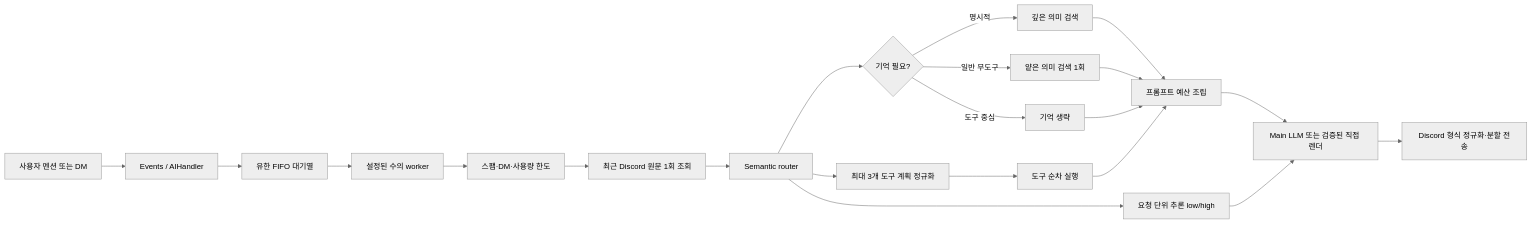
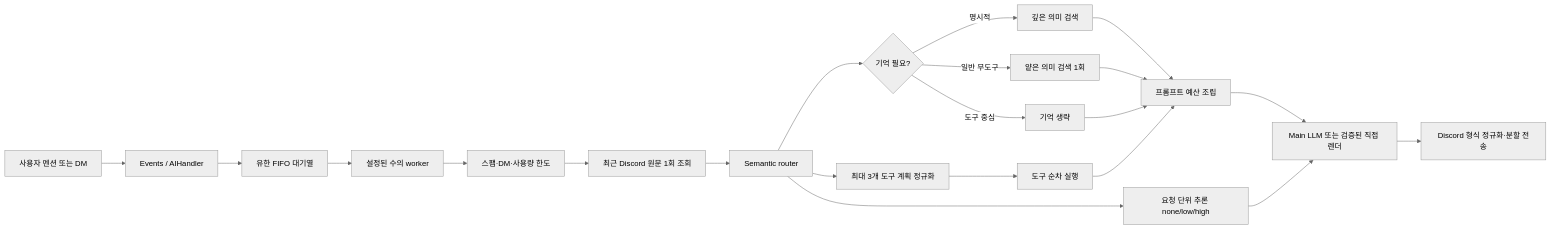
One commit to kim0040/masamong changed the first of 3 diagrams in docs/ARCHITECTURE.ko.md. Above: the diagram before and after it, drawn with Mermaid (neutral theme). The commit also changed other lines of this file and 27 other files, not shown here.

````diff
--- a/docs/ARCHITECTURE.ko.md
+++ b/docs/ARCHITECTURE.ko.md
@@ -58,23 +58,23 @@
 ```mermaid
 flowchart LR
     U["사용자 멘션 또는 DM"] --> E["Events / AIHandler"]
     E --> B["유한 FIFO 대기열"]
     B --> W["설정된 수의 worker"]
     W --> G["스팸·DM·사용량 한도"]
     G --> H["최근 Discord 원문 1회 조회"]
     H --> R["Semantic router"]
-    R --> Q["요청 단위 추론 low/high"]
+    R --> Q["요청 단위 추론 none/low/high"]
     R --> M{"기억 필요?"}
     M -->|명시적| MR["깊은 의미 검색"]
     M -->|일반 무도구| MP["얕은 의미 검색 1회"]
     M -->|도구 중심| N["기억 생략"]
     R --> T["최대 3개 도구 계획 정규화"]
     T --> X["도구 순차 실행"]
     MR --> P["프롬프트 예산 조립"]
     MP --> P
     N --> P
     X --> P
     P --> L["Main LLM 또는 검증된 직접 렌더"]
     Q --> L
     L --> D["Discord 형식 정규화·분할 전송"]
 ```
````
